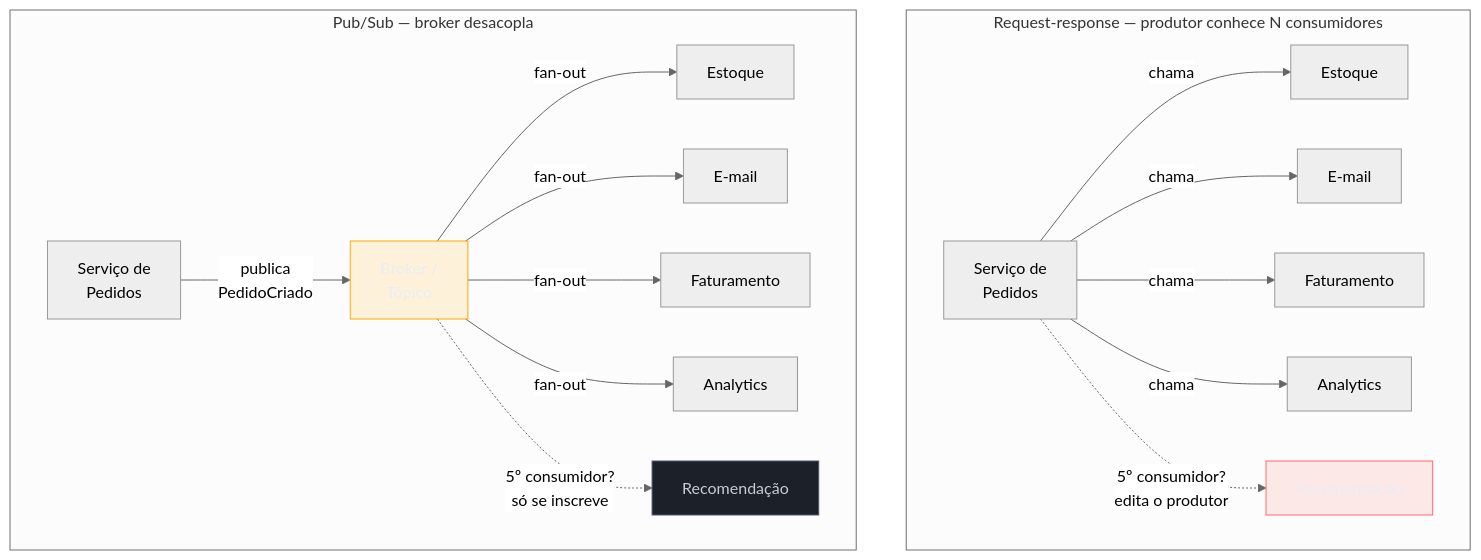
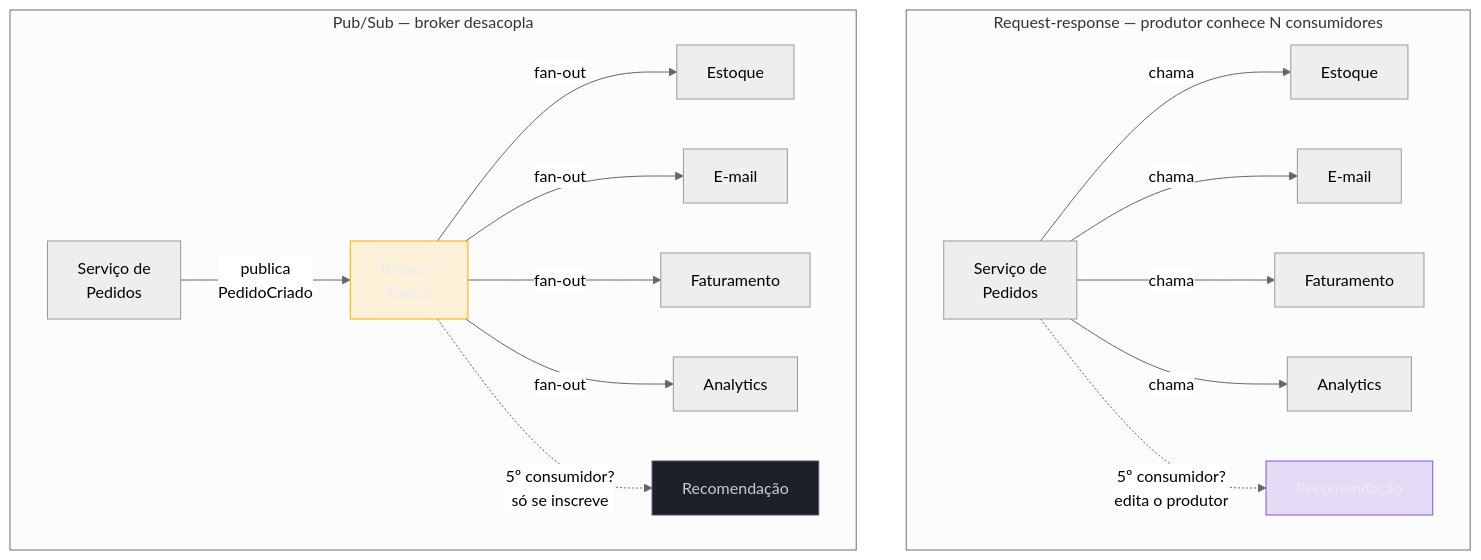
One commit to josenaldo/codex-technomanticus changed the first of 3 diagrams in 03-Dominios/Engenharia/Arquitetura/System Design/3 - Padrões recorrentes/01 - Pub-Sub e event-driven em escala.md. Above: the diagram before and after it, drawn with Mermaid (neutral theme). The commit also changed 601 other files, not shown here.

````diff
--- a/03-Dominios/Engenharia/Arquitetura/System Design/3 - Padrões recorrentes/01 - Pub-Sub e event-driven em escala.md
+++ b/03-Dominios/Engenharia/Arquitetura/System Design/3 - Padrões recorrentes/01 - Pub-Sub e event-driven em escala.md
@@ -39,24 +39,24 @@
 ```mermaid
 graph TD
+    classDef marca fill:#8855DF33,stroke:#8855DF,color:#E9ECF2
     classDef destaque fill:#FFAA0024,stroke:#FFAA00,color:#E9ECF2
-    classDef falha fill:#FF6B6B24,stroke:#FF6B6B,color:#E9ECF2
     classDef neutro fill:#1B2029,stroke:#4E5666,color:#C6CCD8
     subgraph RR["Request-response — produtor conhece N consumidores"]
         P1["Serviço de<br/>Pedidos"] -->|"chama"| E1["Estoque"]
         P1 -->|"chama"| E2["E-mail"]
         P1 -->|"chama"| E3["Faturamento"]
         P1 -->|"chama"| E4["Analytics"]
         P1 -.->|"5º consumidor?<br/>edita o produtor"| E5["Recomendação"]
     end
     subgraph PS["Pub/Sub — broker desacopla"]
         P2["Serviço de<br/>Pedidos"] -->|"publica<br/>PedidoCriado"| B["Broker /<br/>Tópico"]
         B -->|"fan-out"| S1["Estoque"]
         B -->|"fan-out"| S2["E-mail"]
         B -->|"fan-out"| S3["Faturamento"]
         B -->|"fan-out"| S4["Analytics"]
         B -.->|"5º consumidor?<br/>só se inscreve"| S5["Recomendação"]
     end
     class B destaque
-    class E5 falha
+    class E5 marca
     class S5 neutro
 ```
````
